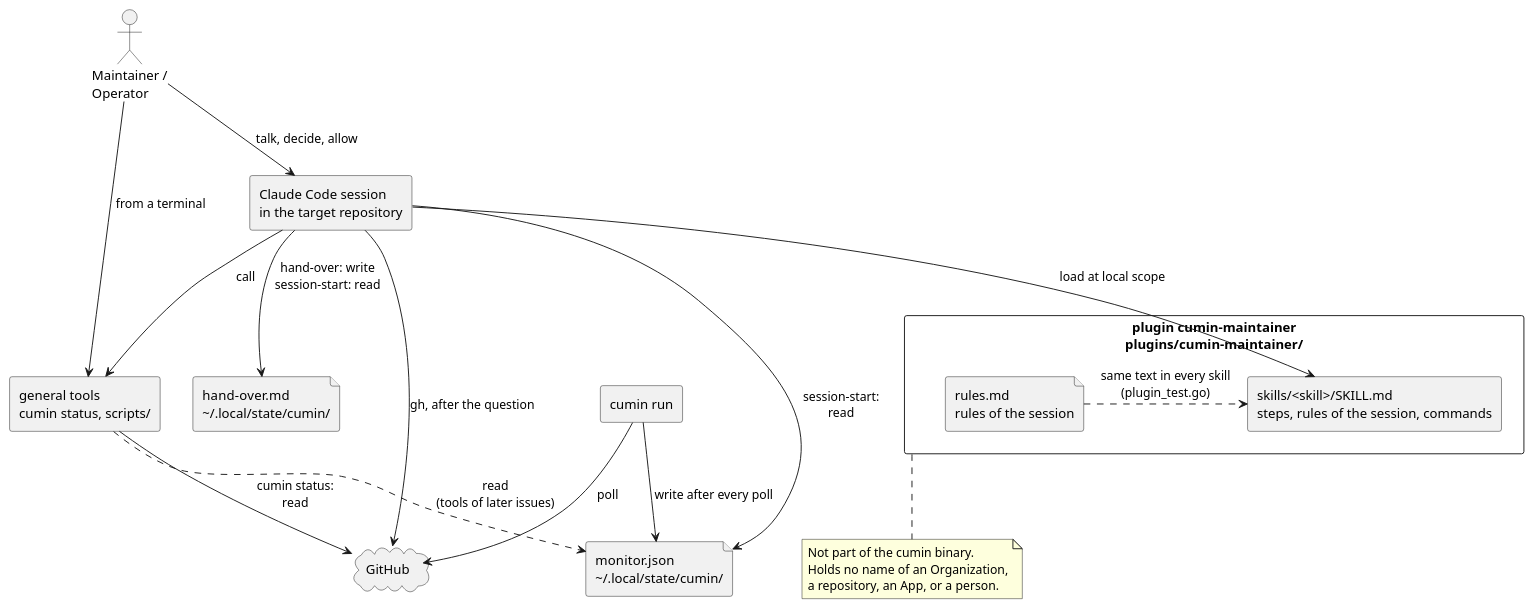
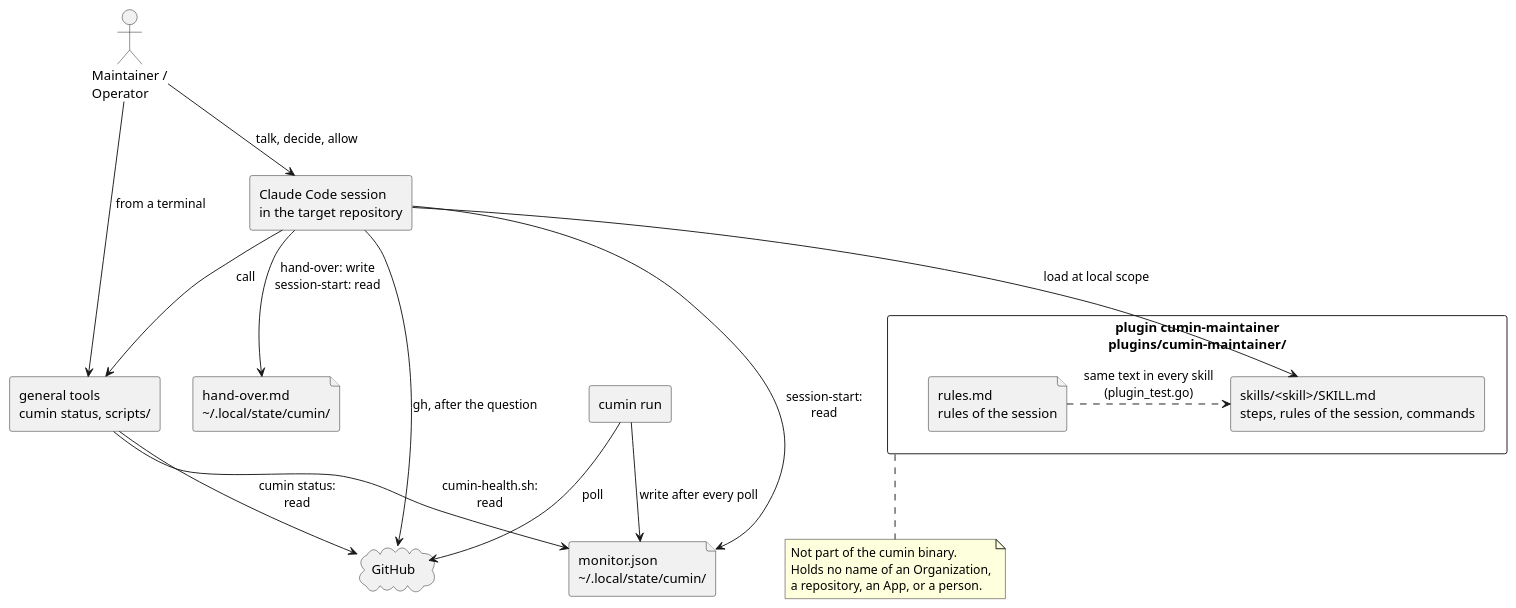
The diagram in docs/ja/guides/maintainer-skills.puml (cloveclovedev/cumin-works), drawn with PlantUML before and after one commit. The commit also changed 9 other files, not shown here.

```diff
--- a/docs/ja/guides/maintainer-skills.puml
+++ b/docs/ja/guides/maintainer-skills.puml
@@ -1,39 +1,39 @@
 @startuml maintainer-skills
 ' cumin works - the plugin of the Maintainer session: the session loads the skills, the skills call the general tools.
 ' Document: maintainer-skills.md, topic on what the plugin is.
 ' Render: run scripts/render-diagrams.sh at the root of the repository.
 skinparam shadowing false
 skinparam defaultFontName sans-serif
 
 actor "Maintainer /\nOperator" as person
 cloud "GitHub" as github
 
 rectangle "Claude Code session\nin the target repository" as session
 rectangle "plugin cumin-maintainer\nplugins/cumin-maintainer/" as plugin {
   file "rules.md\nrules of the session" as rules
   rectangle "skills/<skill>/SKILL.md\nsteps, rules of the session, commands" as skills
 }
 rectangle "general tools\ncumin status, scripts/" as tools
 file "monitor.json\n&#126;/.local/state/cumin/" as monitor
 file "hand-over.md\n&#126;/.local/state/cumin/" as note
 rectangle "cumin run" as run
 
 person --> session : talk, decide, allow
 person --> tools : from a terminal
 session --> skills : load at local scope
 rules .right.> skills : same text in every skill\n(plugin_test.go)
 session --> tools : call
 session --> github : gh, after the question
 session --> monitor : session-start:\nread
 session --> note : hand-over: write\nsession-start: read
 tools --> github : cumin status:\nread
-tools ..> monitor : read\n(tools of later issues)
+tools --> monitor : cumin-health.sh:\nread
 run --> monitor : write after every poll
 run -right-> github : poll
 
 note bottom of plugin
   Not part of the cumin binary.
   Holds no name of an Organization,
   a repository, an App, or a person.
 end note
 @enduml
```
